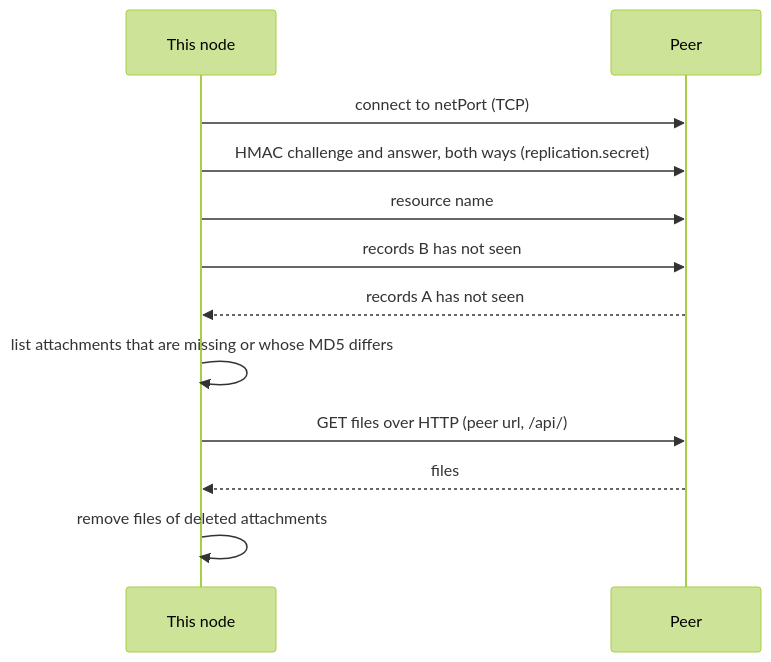
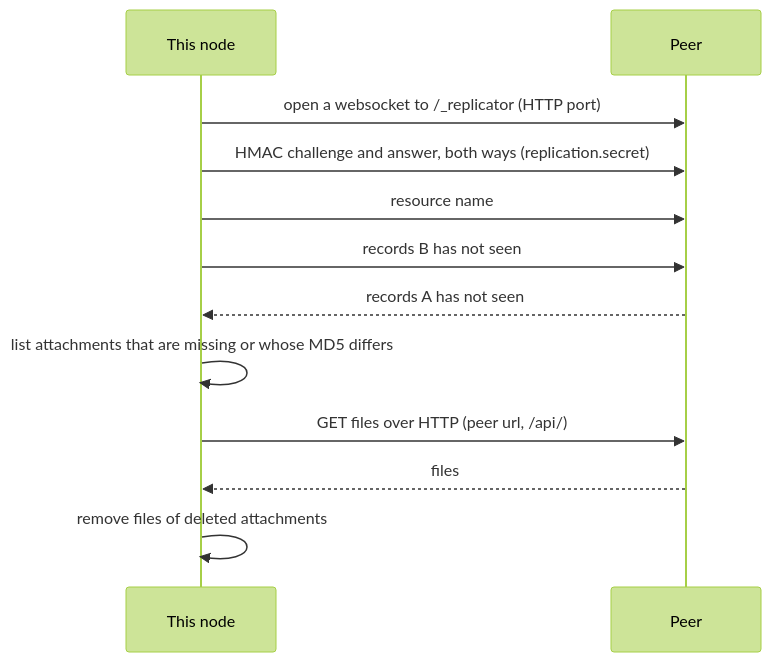
One commit to xiaodoudou/embed-cms changed the first of 2 diagrams in docs/operations/REPLICATION.md. Above: the diagram before and after it, drawn with Mermaid (forest theme). The commit also changed other lines of this file and 16 other files, not shown here.

First line of the commit message:
feat(replication)!: replicate over a websocket on the HTTP port, not a TCP port

````diff
--- a/docs/operations/REPLICATION.md
+++ b/docs/operations/REPLICATION.md
@@ -18,14 +18,14 @@
 ```mermaid
 sequenceDiagram
   participant A as This node
   participant B as Peer
-  A->>B: connect to netPort (TCP)
+  A->>B: open a websocket to /_replicator (HTTP port)
   A->>B: HMAC challenge and answer, both ways (replication.secret)
   A->>B: resource name
   A->>B: records B has not seen
   B-->>A: records A has not seen
   A->>A: list attachments that are missing or whose MD5 differs
   A->>B: GET files over HTTP (peer url, /api/)
   B-->>A: files
   A->>A: remove files of deleted attachments
 ```
````
